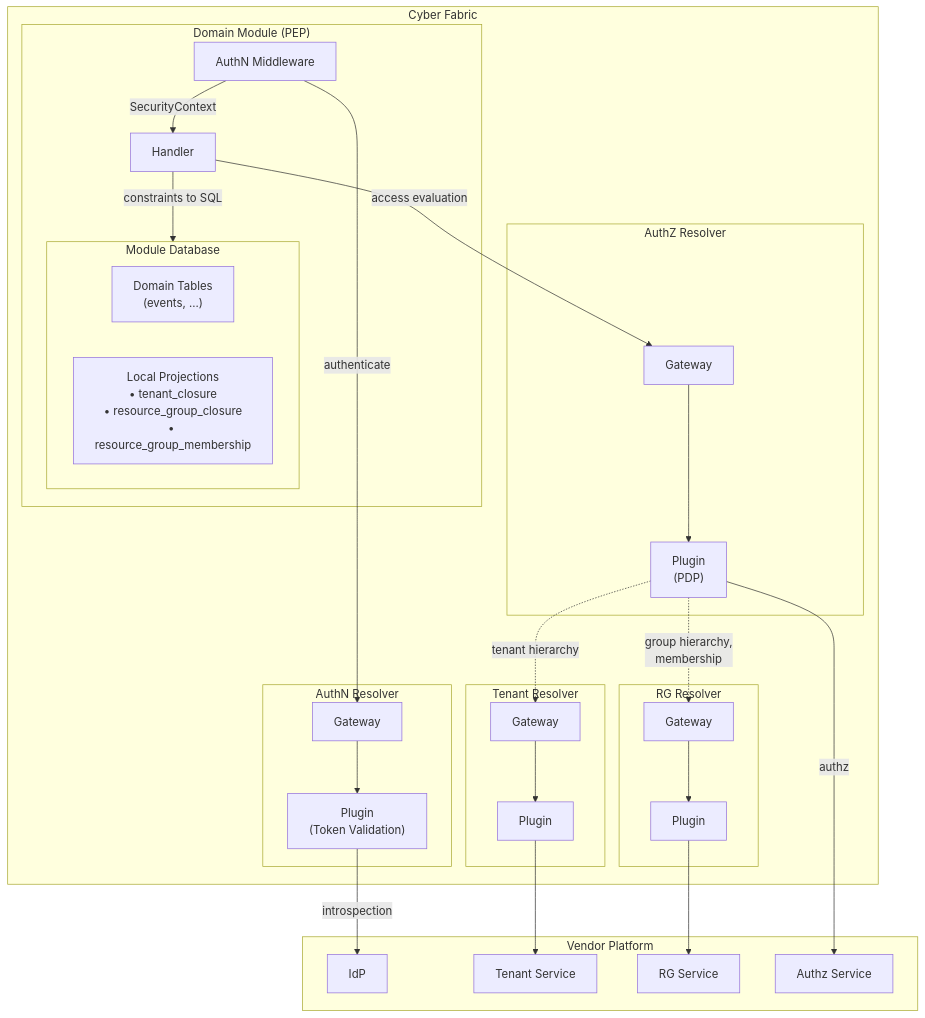
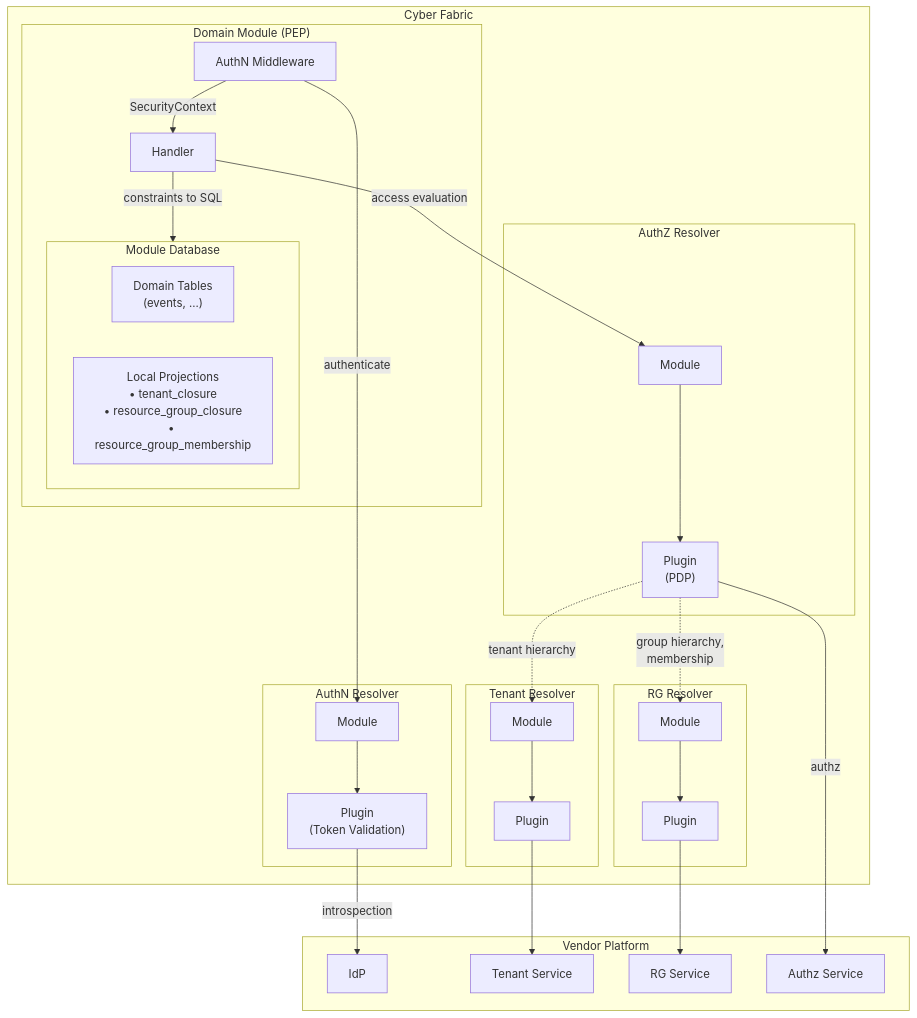
The second of 4 diagrams in docs/arch/authorization/DESIGN.md (hypernetix/hyperspot), drawn with Mermaid before and after one commit. The commit also changed other lines of this file and 87 other files, not shown here.

````diff
--- a/docs/arch/authorization/DESIGN.md
+++ b/docs/arch/authorization/DESIGN.md
@@ -149,64 +149,64 @@
 ```mermaid
 flowchart TB
     subgraph Vendor["Vendor Platform"]
         IdP["IdP"]
         TenantSvc["Tenant Service"]
         RGSvc["RG Service"]
         AuthzSvc["Authz Service"]
     end
 
     subgraph Cyber Fabric
         subgraph TenantResolver["Tenant Resolver"]
-            TenantGW["Gateway"]
+            TenantGW["Module"]
             TenantPlugin["Plugin"]
         end
 
         subgraph RGResolver["RG Resolver"]
-            RGGW["Gateway"]
+            RGGW["Module"]
             RGPlugin["Plugin"]
         end
 
         subgraph AuthNResolver["AuthN Resolver"]
-            AuthNGW["Gateway"]
+            AuthNGW["Module"]
             AuthNPlugin["Plugin<br/>(Token Validation)"]
         end
 
         subgraph AuthZResolver["AuthZ Resolver"]
-            AuthZGW["Gateway"]
+            AuthZGW["Module"]
             AuthZPlugin["Plugin<br/>(PDP)"]
         end
 
         subgraph PEP["Domain Module (PEP)"]
             AuthNMiddleware["AuthN Middleware"]
             Handler["Handler"]
             subgraph ModuleDB["Module Database"]
                 DomainTables["Domain Tables<br/>(events, ...)"]
                 LocalProj["Local Projections<br/>• tenant_closure<br/>• resource_group_closure<br/>• resource_group_membership"]
             end
         end
     end
 
     %% Tenant Resolver flow
     TenantGW --> TenantPlugin
     TenantPlugin --> TenantSvc
 
     %% RG Resolver flow
     RGGW --> RGPlugin
     RGPlugin --> RGSvc
 
     %% AuthN Resolver flow
     AuthNMiddleware -->|authenticate| AuthNGW
     AuthNGW --> AuthNPlugin
     AuthNPlugin -->|introspection| IdP
 
     %% AuthZ Resolver flow
     AuthZGW --> AuthZPlugin
     AuthZPlugin -->|authz| AuthzSvc
     AuthZPlugin -.->|tenant hierarchy| TenantGW
     AuthZPlugin -.->|group hierarchy,<br/>membership| RGGW
 
     %% PEP flow
     AuthNMiddleware -->|SecurityContext| Handler
     Handler -->|access evaluation| AuthZGW
     Handler -->|constraints to SQL| ModuleDB
 ```
````
